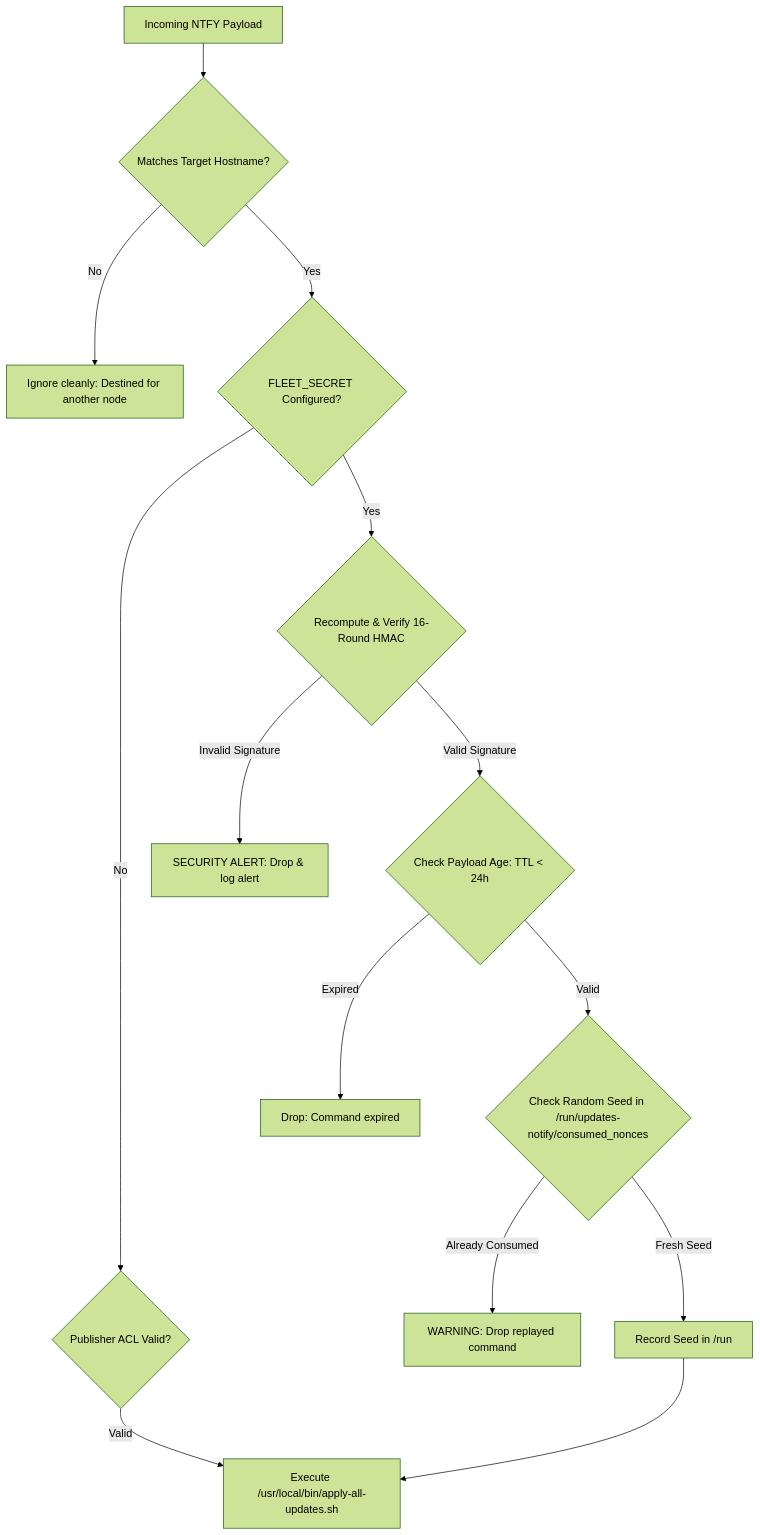
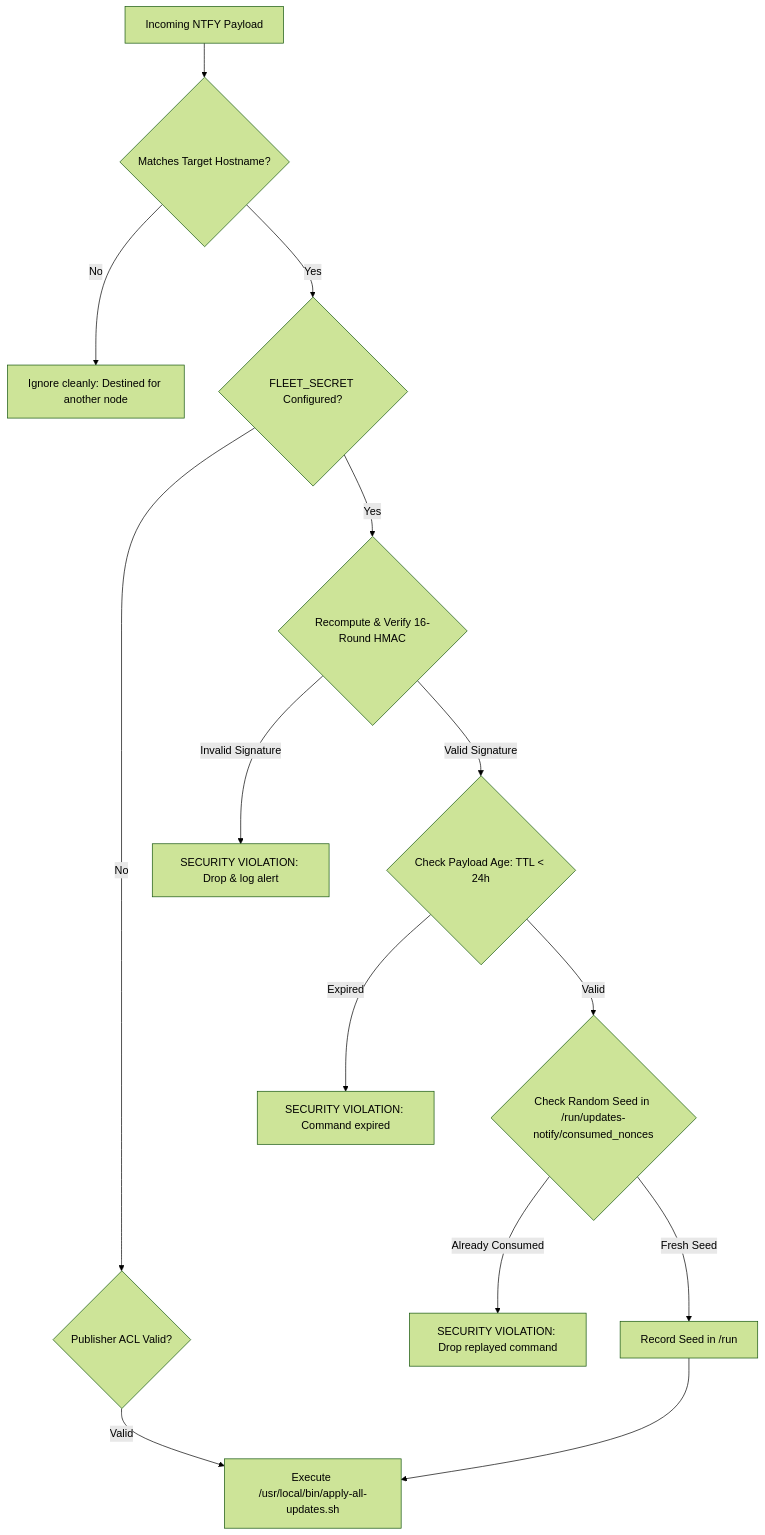
Before and after one commit to in3x/updates-notify: the second of 2 diagrams in docs/security.md, drawn with Mermaid (forest theme). The commit also changed other lines of this file and 7 other files, not shown here.

````diff
--- a/docs/security.md
+++ b/docs/security.md
@@ -104,16 +104,16 @@
 ```mermaid
 graph TD
     A[Incoming NTFY Payload] --> B{Matches Target Hostname?}
     B -->|No| C[Ignore cleanly: Destined for another node]
     B -->|Yes| D{FLEET_SECRET Configured?}
     D -->|No| E{Publisher ACL Valid?}
     D -->|Yes| F{Recompute & Verify 16-Round HMAC}
-    F -->|Invalid Signature| G[SECURITY ALERT: Drop & log alert]
+    F -->|Invalid Signature| G[SECURITY VIOLATION: Drop & log alert]
     F -->|Valid Signature| H{Check Payload Age: TTL < 24h}
-    H -->|Expired| I[Drop: Command expired]
+    H -->|Expired| I[SECURITY VIOLATION: Command expired]
     H -->|Valid| J{Check Random Seed in /run/updates-notify/consumed_nonces}
-    J -->|Already Consumed| K[WARNING: Drop replayed command]
+    J -->|Already Consumed| K[SECURITY VIOLATION: Drop replayed command]
     J -->|Fresh Seed| L[Record Seed in /run]
     E -->|Valid| M[Execute /usr/local/bin/apply-all-updates.sh]
     L --> M
 ```
````
